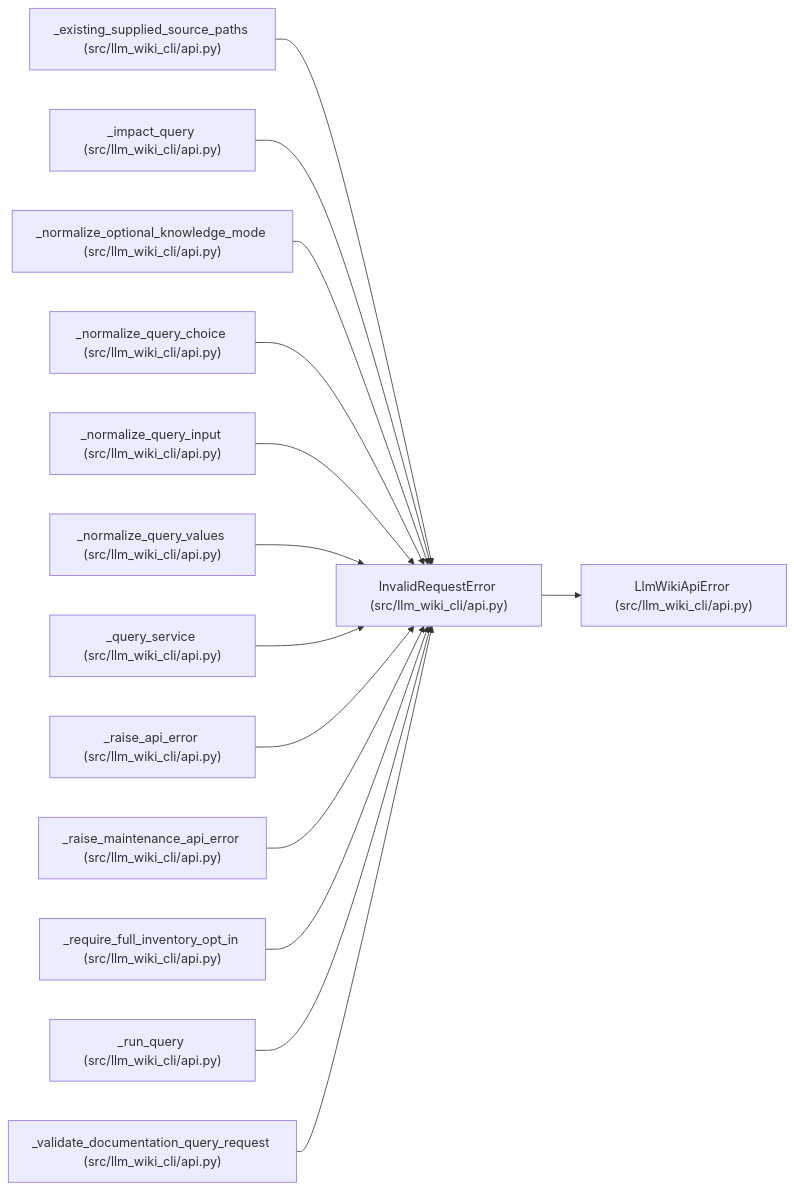
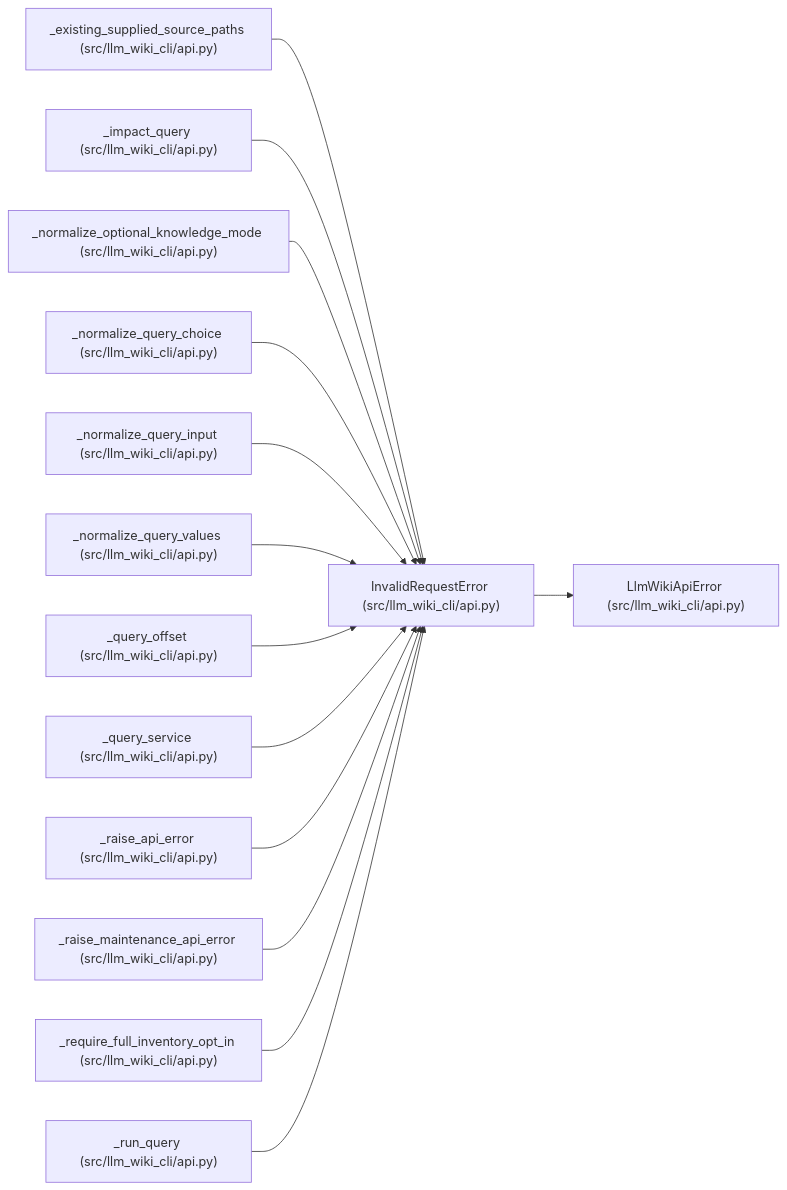
Before and after one commit to Denissvgn/python-wiki-llm: the diagram in docs/llm_wiki/entities/InvalidRequestError.md, drawn with Mermaid. The commit also changed other lines of this file and 577 other files, not shown here.

Commit message:
docs: refresh the repository wiki for query paging

````diff
--- a/docs/llm_wiki/entities/InvalidRequestError.md
+++ b/docs/llm_wiki/entities/InvalidRequestError.md
@@ -23,44 +23,44 @@
 ```mermaid
 flowchart LR
     n0["InvalidRequestError (src/llm_wiki_cli/api.py)"]
     n1["LlmWikiApiError (src/llm_wiki_cli/api.py)"]
     n2["_existing_supplied_source_paths (src/llm_wiki_cli/api.py)"]
     n3["_impact_query (src/llm_wiki_cli/api.py)"]
     n4["_normalize_optional_knowledge_mode (src/llm_wiki_cli/api.py)"]
     n5["_normalize_query_choice (src/llm_wiki_cli/api.py)"]
     n6["_normalize_query_input (src/llm_wiki_cli/api.py)"]
     n7["_normalize_query_values (src/llm_wiki_cli/api.py)"]
-    n8["_query_service (src/llm_wiki_cli/api.py)"]
-    n9["_raise_api_error (src/llm_wiki_cli/api.py)"]
-    n10["_raise_maintenance_api_error (src/llm_wiki_cli/api.py)"]
-    n11["_require_full_inventory_opt_in (src/llm_wiki_cli/api.py)"]
-    n12["_run_query (src/llm_wiki_cli/api.py)"]
-    n13["_validate_documentation_query_request (src/llm_wiki_cli/api.py)"]
+    n8["_query_offset (src/llm_wiki_cli/api.py)"]
+    n9["_query_service (src/llm_wiki_cli/api.py)"]
+    n10["_raise_api_error (src/llm_wiki_cli/api.py)"]
+    n11["_raise_maintenance_api_error (src/llm_wiki_cli/api.py)"]
+    n12["_require_full_inventory_opt_in (src/llm_wiki_cli/api.py)"]
+    n13["_run_query (src/llm_wiki_cli/api.py)"]
     n0 --> n1
     n2 --> n0
     n3 --> n0
     n4 --> n0
     n5 --> n0
     n6 --> n0
     n7 --> n0
     n8 --> n0
     n9 --> n0
     n10 --> n0
     n11 --> n0
     n12 --> n0
     n13 --> n0
     click n0 "../modules/api.md"
     click n1 "../modules/api.md"
     click n2 "../modules/api.md"
     click n3 "../modules/api.md"
     click n4 "../modules/api.md"
     click n5 "../modules/api.md"
     click n6 "../modules/api.md"
     click n7 "../modules/api.md"
     click n8 "../modules/api.md"
     click n9 "../modules/api.md"
     click n10 "../modules/api.md"
     click n11 "../modules/api.md"
     click n12 "../modules/api.md"
     click n13 "../modules/api.md"
 ```
````
